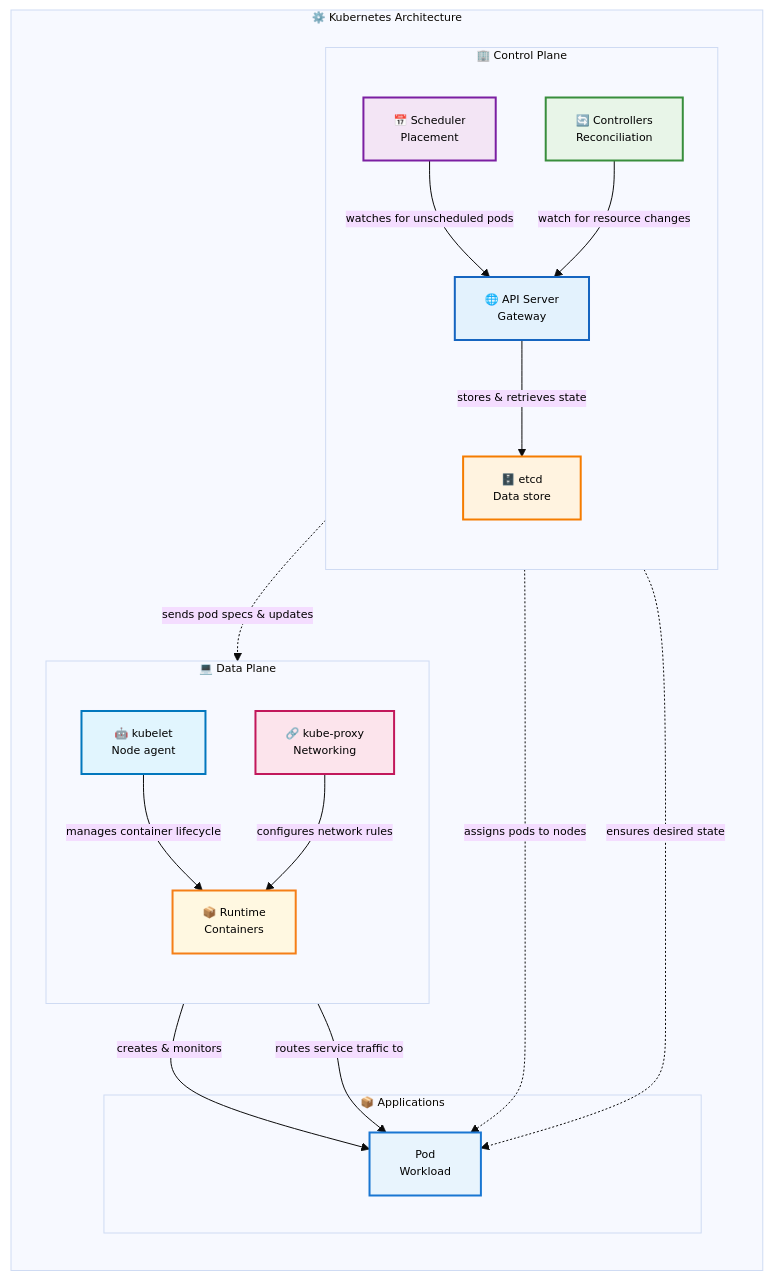
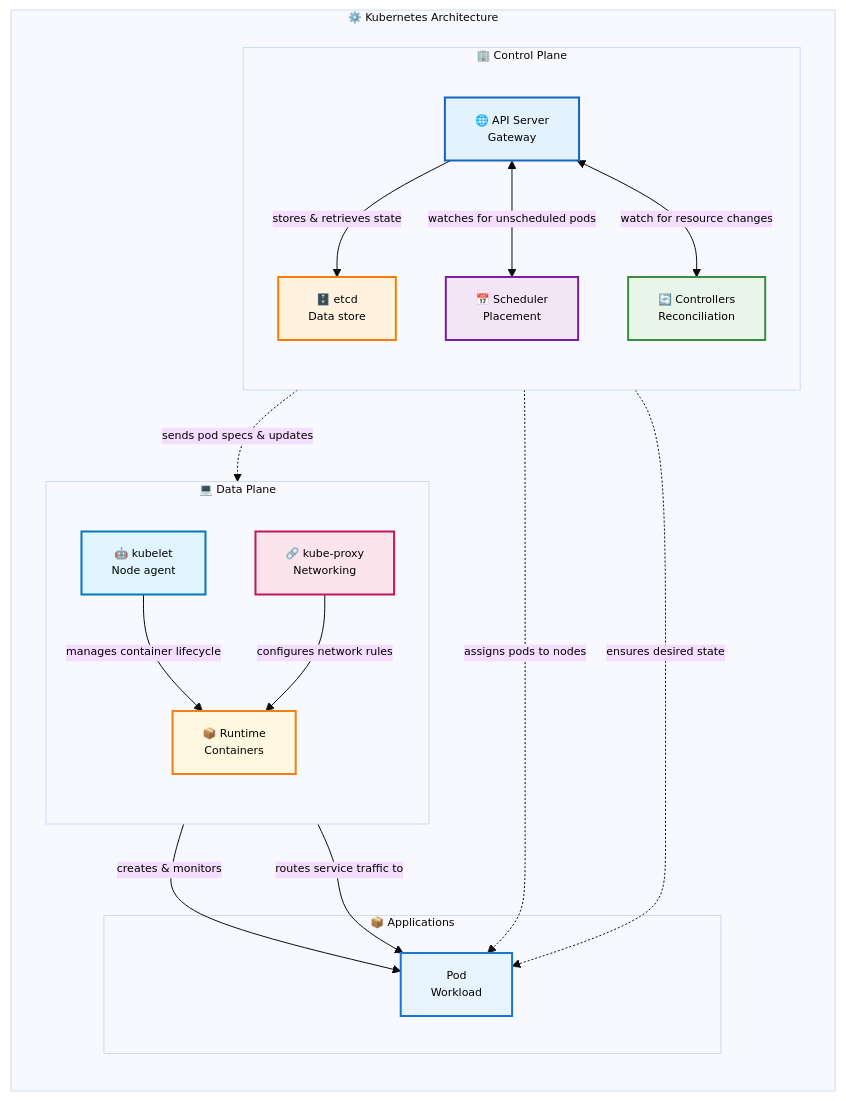
Before and after one commit to razkevich/system_design_course: the diagram in 1.4_distributed_systems/kubernetes_architecture.md, drawn with Mermaid.

Commit message:
exactly once

````diff
--- a/1.4_distributed_systems/kubernetes_architecture.md
+++ b/1.4_distributed_systems/kubernetes_architecture.md
@@ -21,48 +21,48 @@
 ```mermaid
 %%{init: {'theme':'base', 'themeVariables': { 'primaryTextColor': '#000', 'fontSize': '11px'}}}%%
 flowchart LR
     subgraph "⚙️ Kubernetes Architecture"
         
         subgraph CP ["🏢 Control Plane"]
             direction TB
             APIServer["🌐 API Server<br/>Gateway"]
             etcd["🗄️ etcd<br/>Data store"]
             Scheduler["📅 Scheduler<br/>Placement"]
             Controllers["🔄 Controllers<br/>Reconciliation"]
             
             APIServer -->|"stores & retrieves state"| etcd
-            Scheduler -->|"watches for unscheduled pods"| APIServer
-            Controllers -->|"watch for resource changes"| APIServer
+            APIServer <-->|"watches for unscheduled pods"| Scheduler
+            APIServer <-->|"watch for resource changes"| Controllers
         end
         
         subgraph DP ["💻 Data Plane"]
             direction TB
             Kubelet["🤖 kubelet<br/>Node agent"]
             KubeProxy["🔗 kube-proxy<br/>Networking"]  
             Runtime["📦 Runtime<br/>Containers"]
             
             Kubelet -->|"manages container lifecycle"| Runtime
             KubeProxy -->|"configures network rules"| Runtime
         end
         
         subgraph Apps ["📦 Applications"]
             Pod["Pod<br/>Workload"]
         end
         
         %% Cross-plane communication
         APIServer -.->|"sends pod specs & updates"| Kubelet
         Scheduler -.->|"assigns pods to nodes"| Pod
         Controllers -.->|"ensures desired state"| Pod
         Kubelet -->|"creates & monitors"| Pod
         KubeProxy -->|"routes service traffic to"| Pod
     end
     
     style APIServer fill:#e3f2fd,stroke:#1565c0,stroke-width:2px,color:#000
     style etcd fill:#fff3e0,stroke:#f57c00,stroke-width:2px,color:#000
     style Scheduler fill:#f3e5f5,stroke:#7b1fa2,stroke-width:2px,color:#000
     style Controllers fill:#e8f5e8,stroke:#388e3c,stroke-width:2px,color:#000
     style Kubelet fill:#e1f5fe,stroke:#0277bd,stroke-width:2px,color:#000
     style KubeProxy fill:#fce4ec,stroke:#c2185b,stroke-width:2px,color:#000
     style Runtime fill:#fff8e1,stroke:#f57f17,stroke-width:2px,color:#000
     style Pod fill:#e8f4fd,stroke:#1976d2,stroke-width:2px,color:#000
 ```
````
